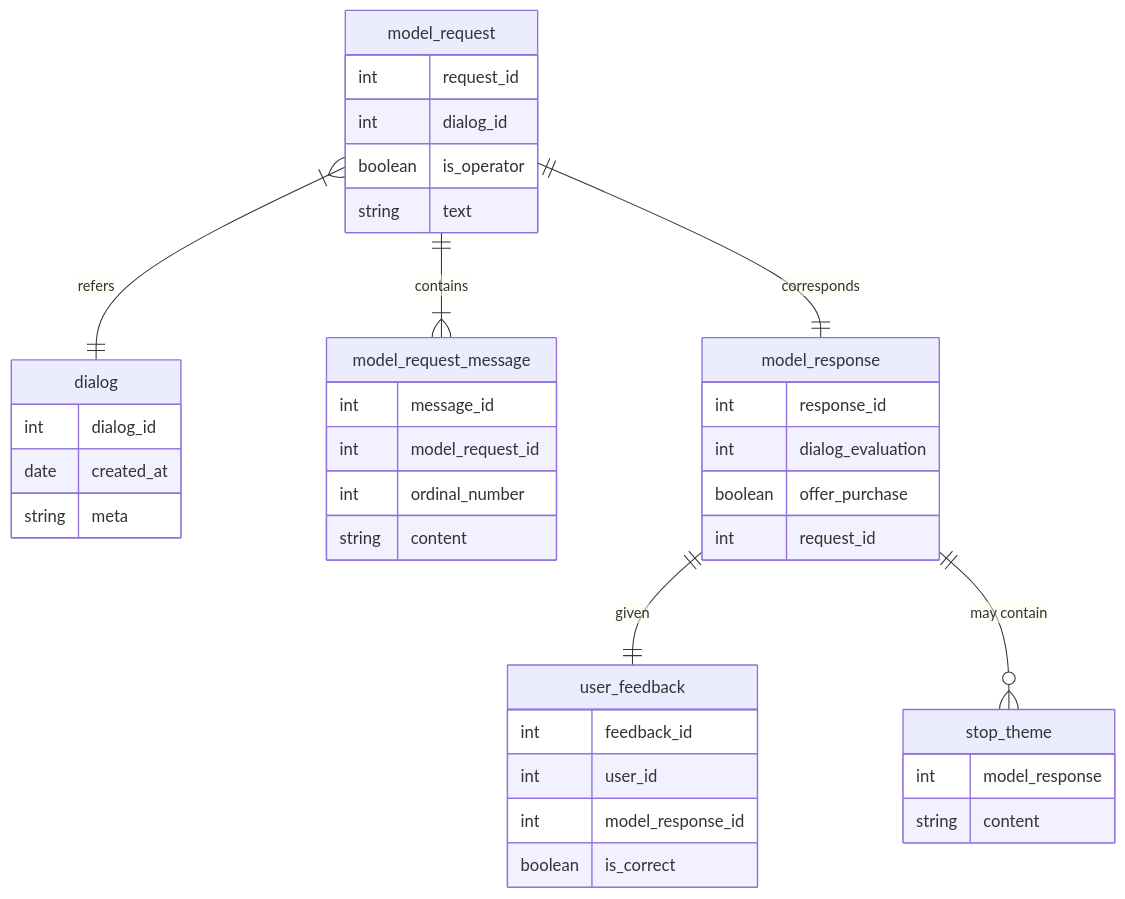
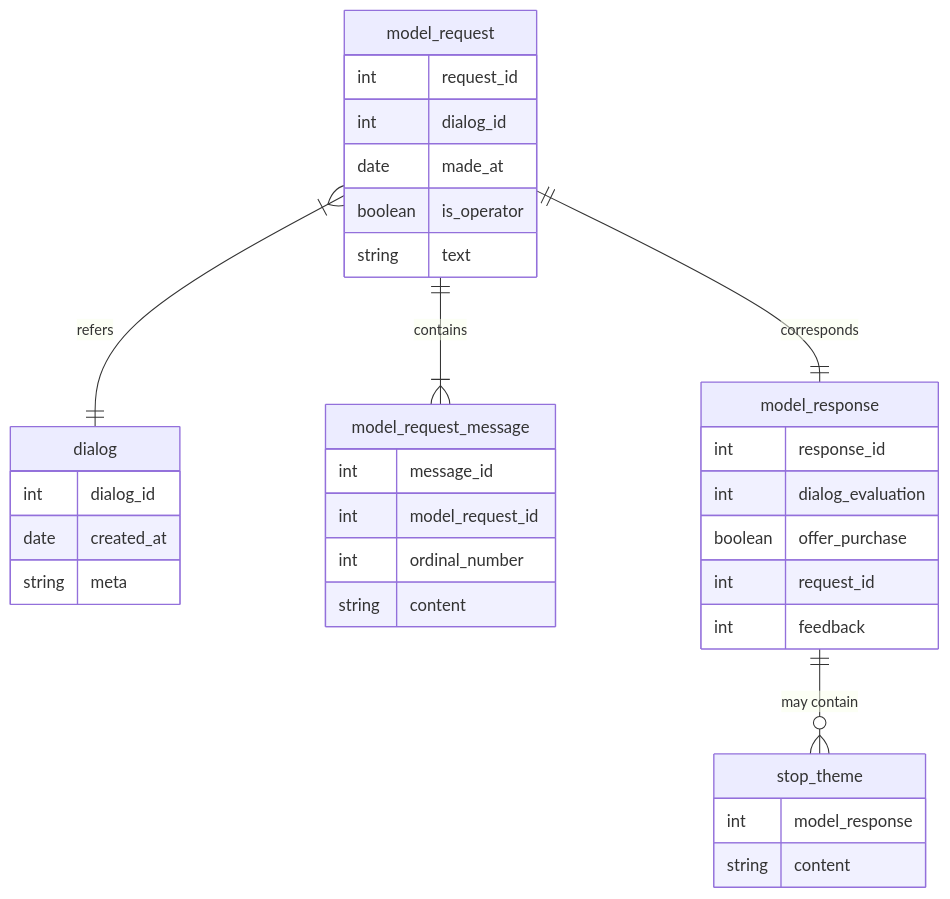
The second of 2 diagrams in README.md (banzai-team/marketing_bot), drawn with Mermaid before and after one commit. The commit also changed other lines of this file and 46 other files, not shown here.

````diff
--- a/README.md
+++ b/README.md
@@ -105,48 +105,42 @@
 ```mermaid
 erDiagram
 
 dialog {
     int dialog_id
     date created_at
     string meta
 }
 
 model_request_message {
     int message_id
     int model_request_id
     int ordinal_number
     string content
 }
 
-user_feedback {
-    int feedback_id
-    int user_id
-    int model_response_id
-    boolean is_correct
-}
-
 model_request {
     int request_id
     int dialog_id
+    date made_at
     boolean is_operator
     string text
 }
 
 model_response {
     int response_id
     int dialog_evaluation
     boolean offer_purchase
     int request_id
+    int feedback
 }
 
 stop_theme {
     int model_response
     string content
 }
 
 model_request ||--|{ model_request_message: contains
-model_response ||--|| user_feedback: given
 model_request }|--|| dialog: refers
 model_request ||--|| model_response: corresponds
 model_response ||--o{ stop_theme: "may contain"
 ```
````
